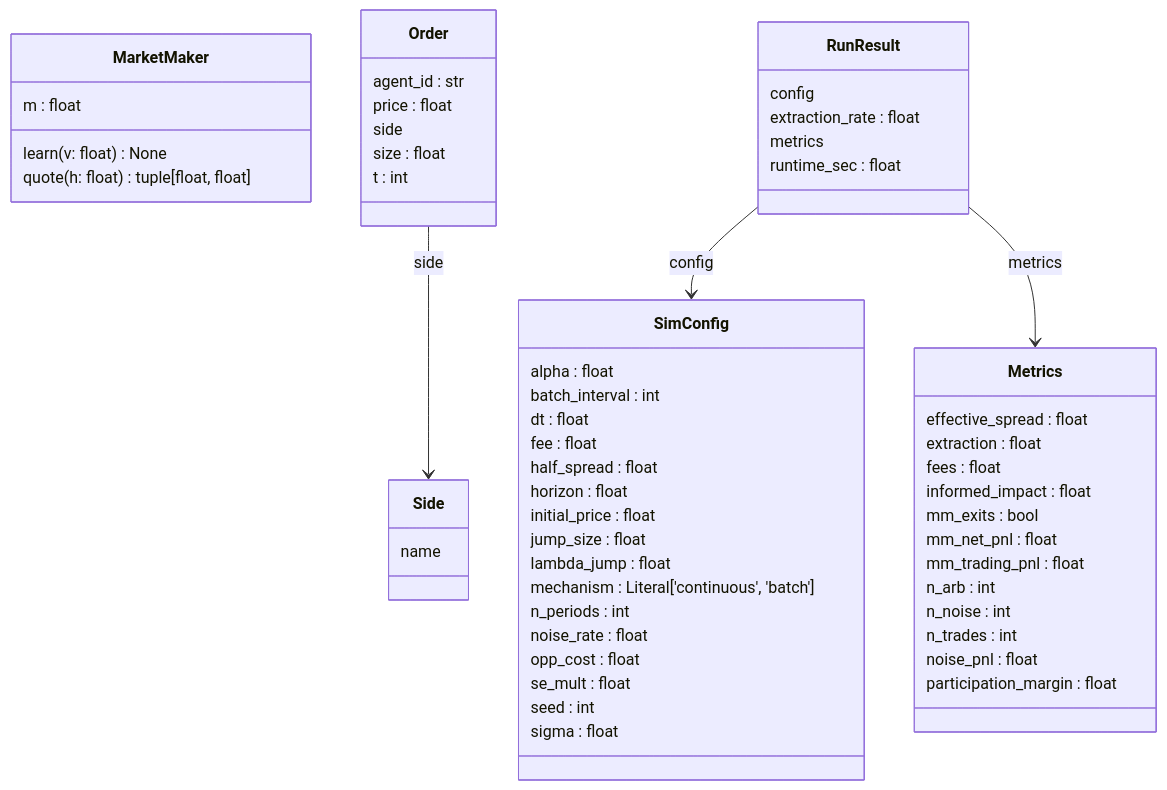
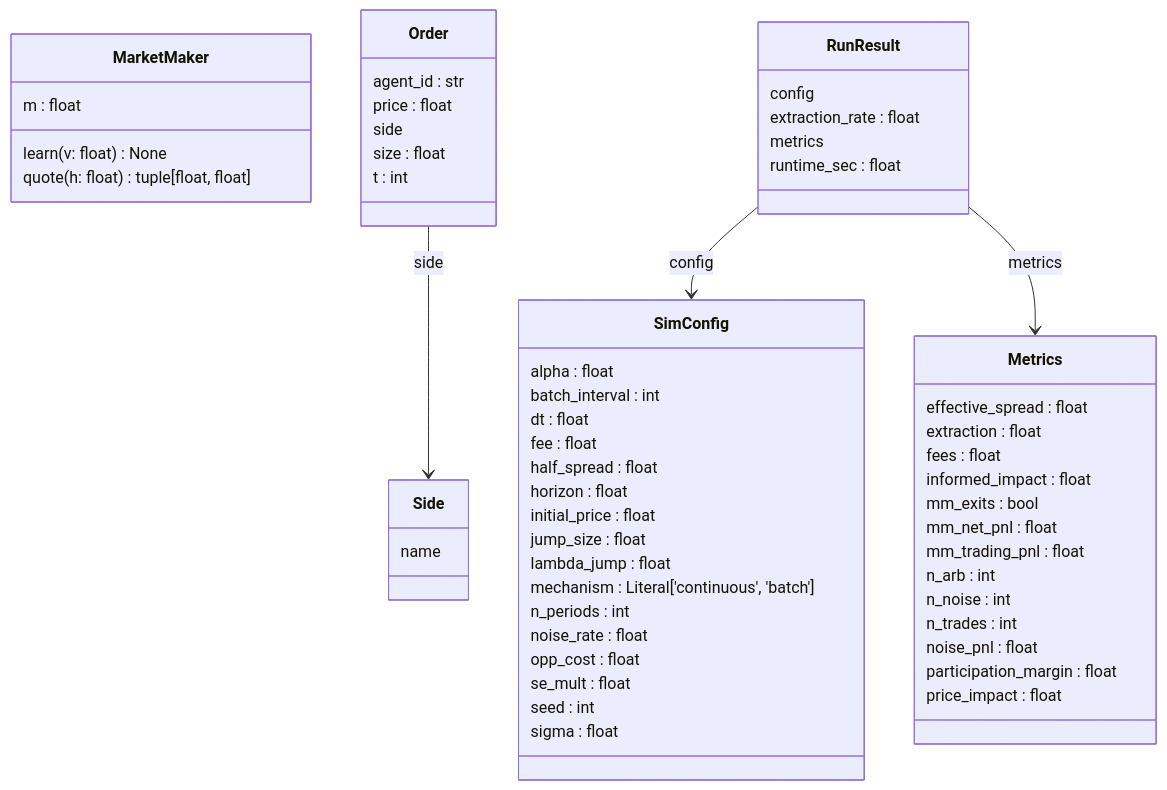
The second of 2 diagrams in docs/architecture.md (yuitokyouni/ABM-Microstructure), drawn with Mermaid before and after one commit. The commit also changed 15 other files, not shown here.

First line of the commit message:
impl(001): impact 層を identity-blind flow 回帰に置換（finding 0001 ③ 閉鎖）

````diff
--- a/docs/architecture.md
+++ b/docs/architecture.md
@@ -28,59 +28,60 @@
 ```mermaid
 classDiagram
   class MarketMaker {
     m : float
     learn(v: float) None
     quote(h: float) tuple[float, float]
   }
   class Metrics {
     effective_spread : float
     extraction : float
     fees : float
     informed_impact : float
     mm_exits : bool
     mm_net_pnl : float
     mm_trading_pnl : float
     n_arb : int
     n_noise : int
     n_trades : int
     noise_pnl : float
     participation_margin : float
+    price_impact : float
   }
   class Order {
     agent_id : str
     price : float
     side
     size : float
     t : int
   }
   class RunResult {
     config
     extraction_rate : float
     metrics
     runtime_sec : float
   }
   class Side {
     name
   }
   class SimConfig {
     alpha : float
     batch_interval : int
     dt : float
     fee : float
     half_spread : float
     horizon : float
     initial_price : float
     jump_size : float
     lambda_jump : float
     mechanism : Literal['continuous', 'batch']
     n_periods : int
     noise_rate : float
     opp_cost : float
     se_mult : float
     seed : int
     sigma : float
   }
   Order --> Side : side
   RunResult --> SimConfig : config
   RunResult --> Metrics : metrics
 ```
````
